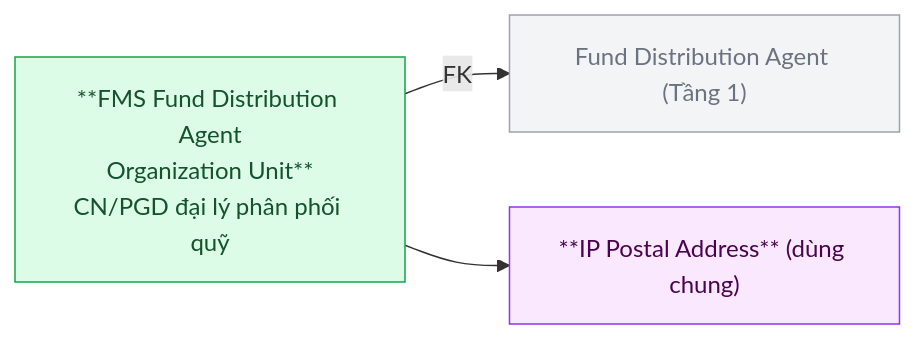
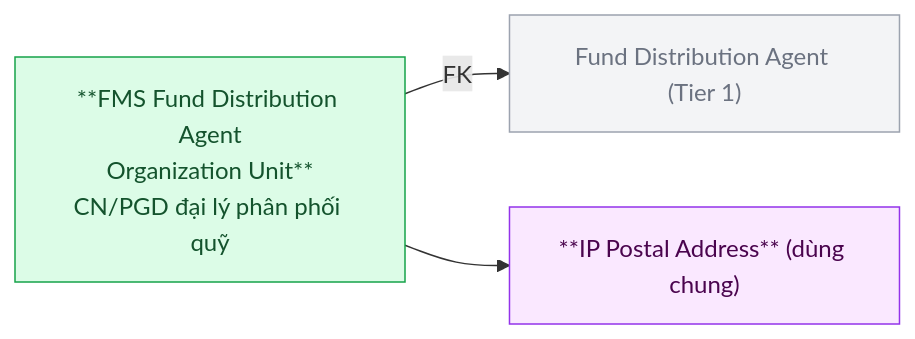
The eighth of 16 diagrams in Silver/hld/FMS_HLD_Tier2.md (linhlvit/ubck_atomic_design), drawn with Mermaid before and after one commit. The commit also changed other lines of this file and 111 other files, not shown here.

````diff
--- a/Silver/hld/FMS_HLD_Tier2.md
+++ b/Silver/hld/FMS_HLD_Tier2.md
@@ -195,13 +189,13 @@
 ```mermaid
 graph LR
     classDef silver fill:#dcfce7,stroke:#16a34a,color:#14532d
     classDef shared fill:#fae8ff,stroke:#9333ea,color:#4a044e
     classDef refnode fill:#f3f4f6,stroke:#9ca3af,color:#6b7280
 
-    FDA["Fund Distribution Agent (Tầng 1)"]:::refnode
+    FDA["Fund Distribution Agent (Tier 1)"]:::refnode
     AGOU["**FMS Fund Distribution Agent\nOrganization Unit**\nCN/PGD đại lý phân phối quỹ"]:::silver
     ADDR["**IP Postal Address** (dùng chung)"]:::shared
 
     AGOU -->|FK| FDA
     AGOU --> ADDR
 ```
````
